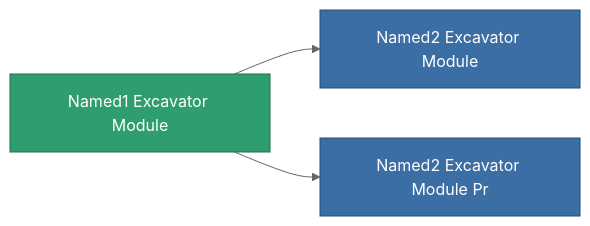
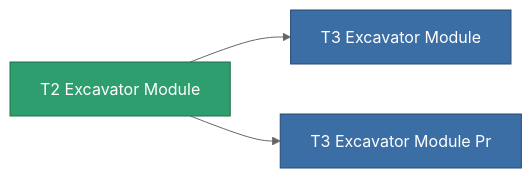
Before and after one commit to OpenPerpetuum/Wiki: the diagram in content/content/items/named1_excavator_module.md, drawn with Mermaid (neutral theme). The commit also changed other lines of this file and 4904 other files, not shown here.

````diff
--- a/content/content/items/named1_excavator_module.md
+++ b/content/content/items/named1_excavator_module.md
@@ -60,13 +48,13 @@
 ```mermaid
 graph LR
-    a["Named1 Excavator Module"]:::current
-    b["Named2 Excavator Module"]:::prod
+    a["T2 Excavator Module"]:::current
+    b["T3 Excavator Module"]:::prod
     a --> b
-    click b "/content/items/named2-excavator-module/" "Named2 Excavator Module"
-    c["Named2 Excavator Module Pr"]:::prod
+    click b "/content/items/named2-excavator-module/" "T3 Excavator Module"
+    c["T3 Excavator Module Pr"]:::prod
     a --> c
-    click c "/content/items/named2-excavator-module-pr/" "Named2 Excavator Module Pr"
+    click c "/content/items/named2-excavator-module-pr/" "T3 Excavator Module Pr"
     classDef current fill:#2f9e6f,stroke:#1f6f4a,color:#ffffff
     classDef prod fill:#3b6ea5,stroke:#274a75,color:#ffffff
     classDef more fill:#39445a,stroke:#54658a,color:#d5dbe8
 ```
````
